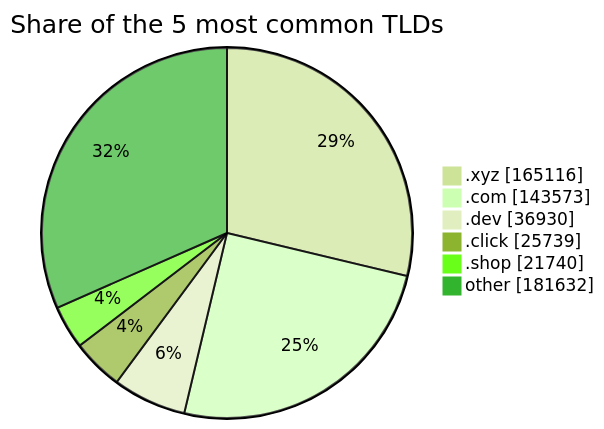
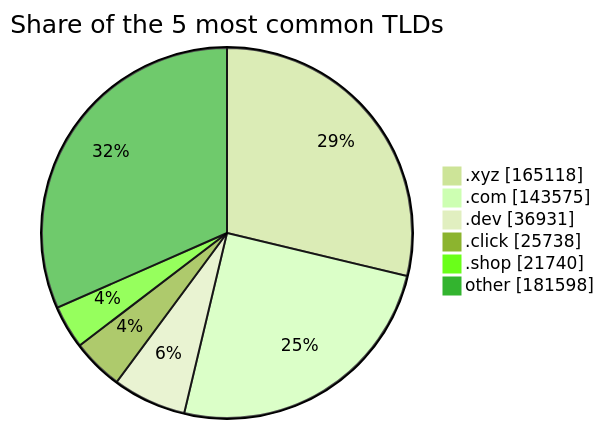
Before and after one commit to DNSBunker/CTI: the third of 3 diagrams in README.md, drawn with Mermaid (forest theme). The commit also changed other lines of this file and 3 other files, not shown here.

````diff
--- a/README.md
+++ b/README.md
@@ -81,9 +81,9 @@
 ```mermaid
 pie showData title Share of the 5 most common TLDs
-    ".xyz" : 165116
-    ".com" : 143573
-    ".dev" : 36930
-    ".click" : 25739
+    ".xyz" : 165118
+    ".com" : 143575
+    ".dev" : 36931
+    ".click" : 25738
     ".shop" : 21740
-    "other" : 181632
+    "other" : 181598
 ```
````
